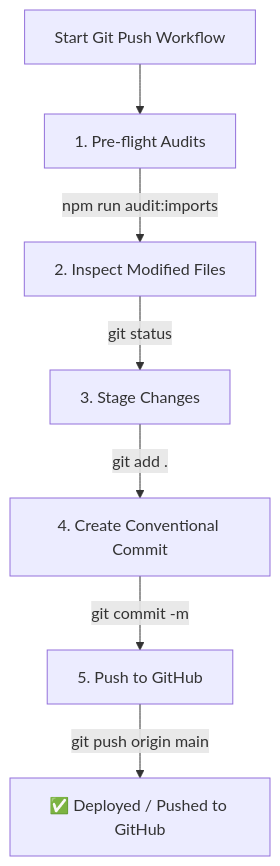
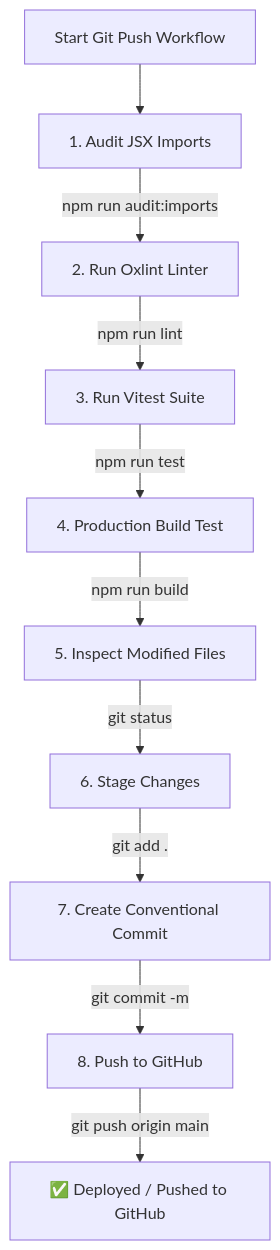
One commit to marcotattersall-cell/clon-sap changed the diagram in .agents/skills/git-commit-push/SKILL.md. Above: the diagram before and after it, drawn with Mermaid. The commit also changed other lines of this file and 7 other files, not shown here.

````diff
--- a/.agents/skills/git-commit-push/SKILL.md
+++ b/.agents/skills/git-commit-push/SKILL.md
@@ -16,9 +16,12 @@
 ```mermaid
 flowchart TD
-    A[Start Git Push Workflow] --> B[1. Pre-flight Audits]
-    B -->|npm run audit:imports| C[2. Inspect Modified Files]
-    C -->|git status| D[3. Stage Changes]
-    D -->|git add .| E[4. Create Conventional Commit]
-    E -->|git commit -m| F[5. Push to GitHub]
-    F -->|git push origin main| G[✅ Deployed / Pushed to GitHub]
+    A[Start Git Push Workflow] --> B[1. Audit JSX Imports]
+    B -->|npm run audit:imports| C[2. Run Oxlint Linter]
+    C -->|npm run lint| D[3. Run Vitest Suite]
+    D -->|npm run test| E[4. Production Build Test]
+    E -->|npm run build| F[5. Inspect Modified Files]
+    F -->|git status| G[6. Stage Changes]
+    G -->|git add .| H[7. Create Conventional Commit]
+    H -->|git commit -m| I[8. Push to GitHub]
+    I -->|git push origin main| J[✅ Deployed / Pushed to GitHub]
 ```
````
